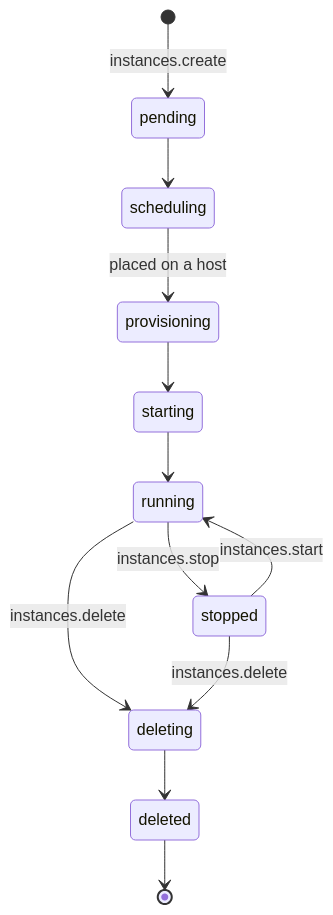
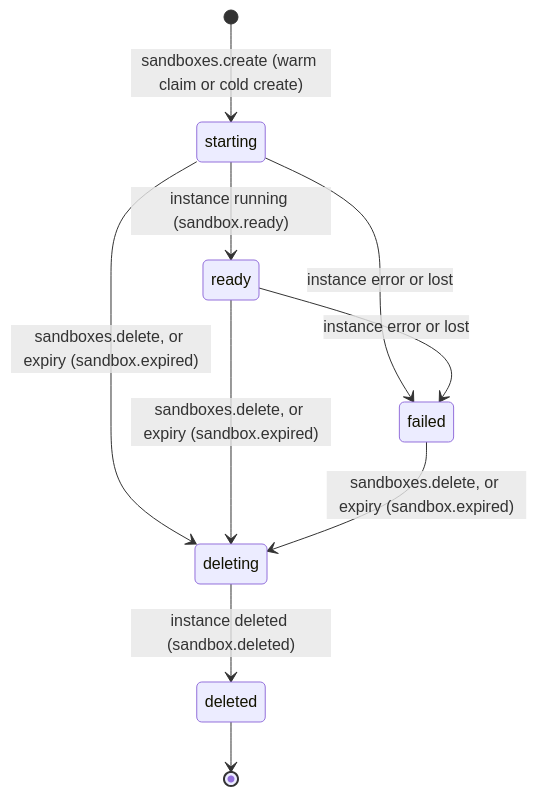
Before and after one commit to Better-Compute/better-compute: the diagram in apps/docs/content/docs/guides/vps/sandboxes.mdx, drawn with Mermaid. The commit also changed other lines of this file and 47 other files, not shown here.

````diff
--- a/apps/docs/content/docs/guides/vps/sandboxes.mdx
+++ b/apps/docs/content/docs/guides/vps/sandboxes.mdx
@@ -124,14 +219,12 @@
 ```mermaid
 stateDiagram-v2
-  [*] --> pending: instances.create
-  pending --> scheduling
-  scheduling --> provisioning: placed on a host
-  provisioning --> starting
-  starting --> running
-  running --> stopped: instances.stop
-  stopped --> running: instances.start
-  running --> deleting: instances.delete
-  stopped --> deleting: instances.delete
-  deleting --> deleted
+  [*] --> starting: sandboxes.create (warm claim or cold create)
+  starting --> ready: instance running (sandbox.ready)
+  starting --> failed: instance error or lost
+  ready --> failed: instance error or lost
+  starting --> deleting: sandboxes.delete, or expiry (sandbox.expired)
+  ready --> deleting: sandboxes.delete, or expiry (sandbox.expired)
+  failed --> deleting: sandboxes.delete, or expiry (sandbox.expired)
+  deleting --> deleted: instance deleted (sandbox.deleted)
   deleted --> [*]
 ```
````
